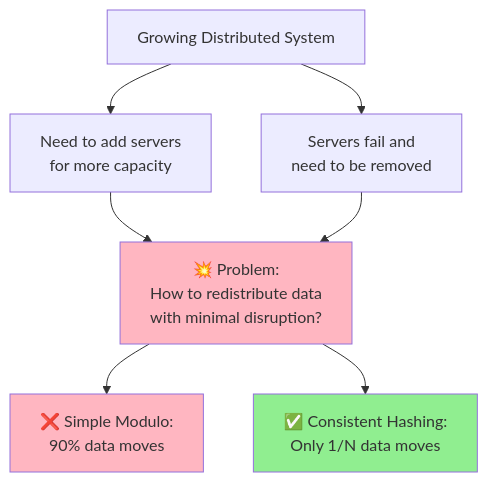
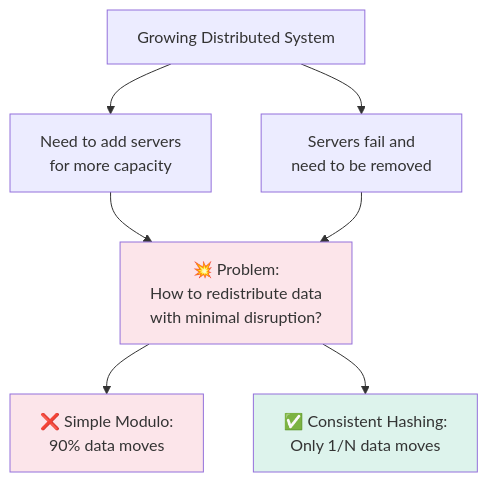
One commit to cartmancodes/InterviewVault changed the first of 34 diagrams in LLD/CoreConcepts/ConsistentHashing.md. Above: the diagram before and after it, drawn with Mermaid. The commit also changed other lines of this file and 679 other files, not shown here.

Commit message:
Unify content diagrams and add accessible visual walkthroughs

````diff
--- a/LLD/CoreConcepts/ConsistentHashing.md
+++ b/LLD/CoreConcepts/ConsistentHashing.md
@@ -21,17 +21,17 @@
 ```mermaid
 graph TB
     START[Growing Distributed System]
     
     START --> P1[Need to add servers<br/>for more capacity]
     START --> P2[Servers fail and<br/>need to be removed]
     
     P1 --> PROBLEM[💥 Problem:<br/>How to redistribute data<br/>with minimal disruption?]
     P2 --> PROBLEM
     
     PROBLEM --> BAD[❌ Simple Modulo:<br/>90% data moves]
     PROBLEM --> GOOD[✅ Consistent Hashing:<br/>Only 1/N data moves]
     
-    style PROBLEM fill:#FFB6C1
-    style BAD fill:#FFB6C1
-    style GOOD fill:#90EE90
+    style PROBLEM fill:#FCE5EA
+    style BAD fill:#FCE5EA
+    style GOOD fill:#DDF3EC
 ```
````
